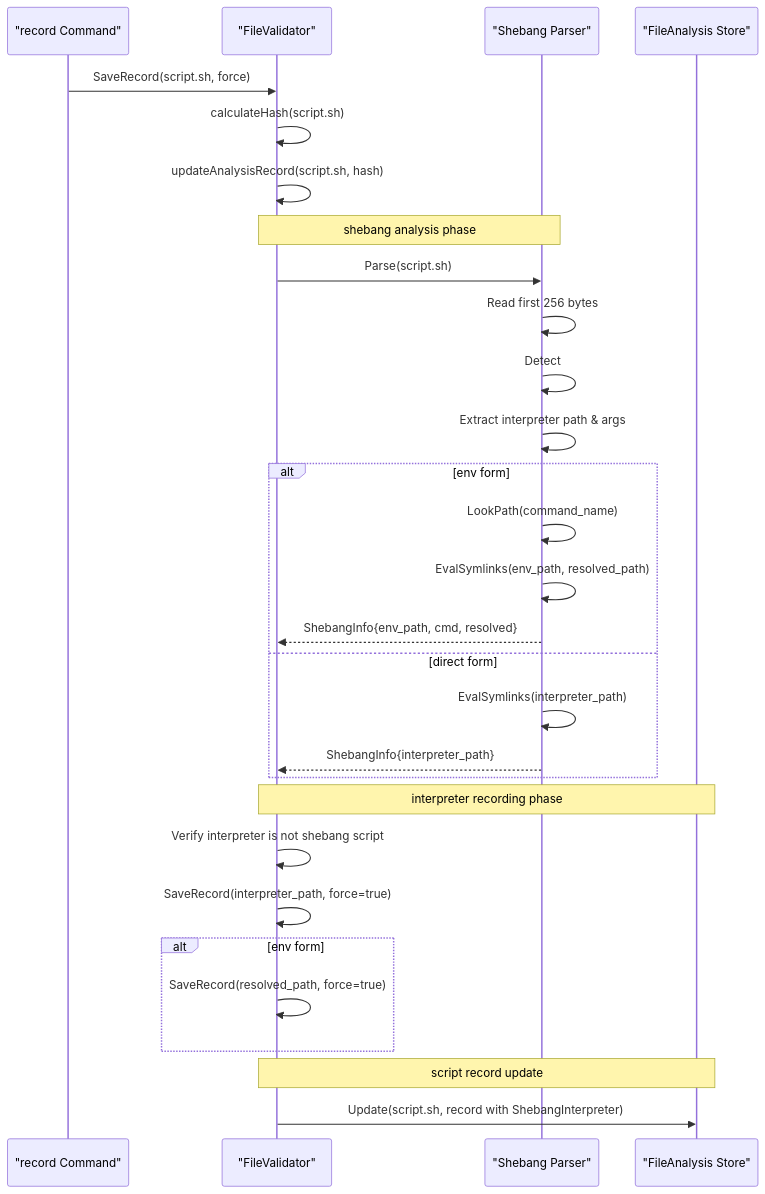
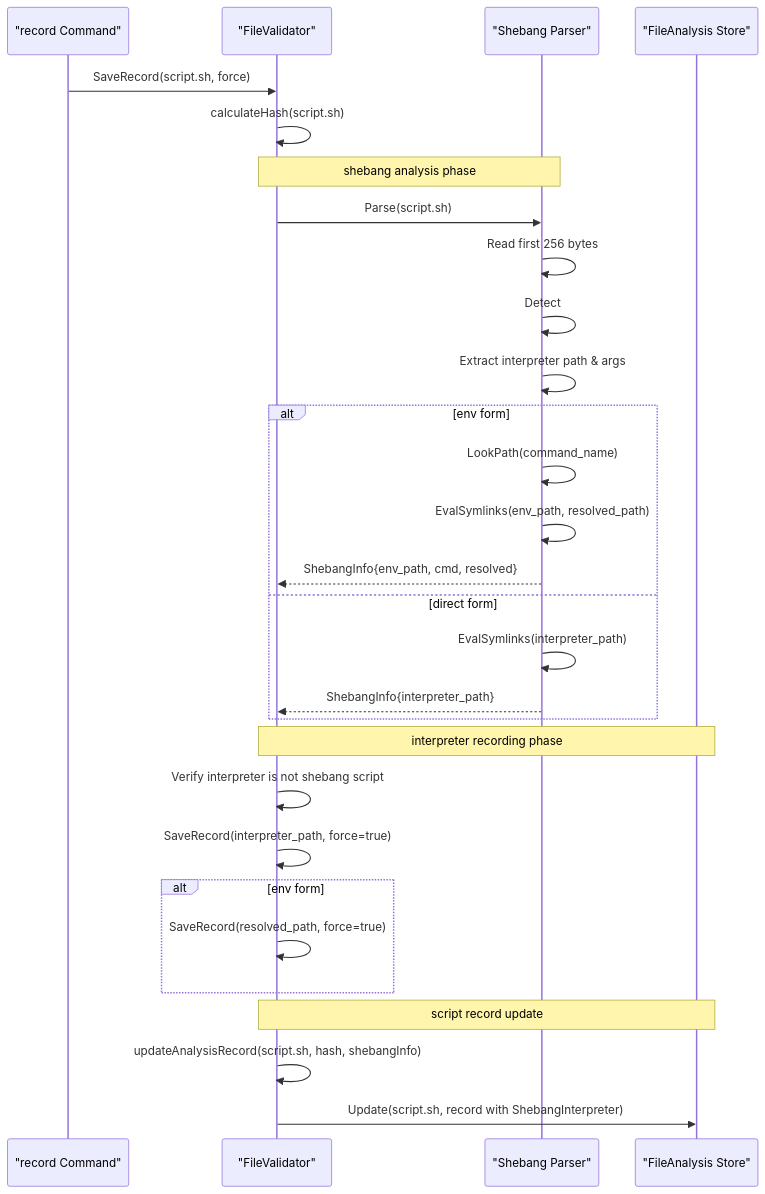
Before and after one commit to isseis/go-safe-cmd-runner: the fourth of 7 diagrams in docs/tasks/0083_shebang_interpreter_tracking/02_architecture.md, drawn with Mermaid. The commit also changed other lines of this file and 2 other files, not shown here.

First line of the commit message:
docs: add architecture and implementation plan for shebang interpreter tracking

````diff
--- a/docs/tasks/0083_shebang_interpreter_tracking/02_architecture.md
+++ b/docs/tasks/0083_shebang_interpreter_tracking/02_architecture.md
@@ -97,35 +97,35 @@
 ```mermaid
 sequenceDiagram
     participant CMD as "record Command"
     participant FV as "FileValidator"
     participant SP as "Shebang Parser"
     participant STORE as "FileAnalysis Store"
 
     CMD->>FV: SaveRecord(script.sh, force)
     FV->>FV: calculateHash(script.sh)
-    FV->>FV: updateAnalysisRecord(script.sh, hash)
 
     Note over FV,SP: shebang analysis phase
     FV->>SP: Parse(script.sh)
     SP->>SP: Read first 256 bytes
     SP->>SP: Detect #! prefix
     SP->>SP: Extract interpreter path & args
     alt env form
         SP->>SP: LookPath(command_name)
         SP->>SP: EvalSymlinks(env_path, resolved_path)
         SP-->>FV: ShebangInfo{env_path, cmd, resolved}
     else direct form
         SP->>SP: EvalSymlinks(interpreter_path)
         SP-->>FV: ShebangInfo{interpreter_path}
     end
 
     Note over FV,STORE: interpreter recording phase
     FV->>FV: Verify interpreter is not shebang script
     FV->>FV: SaveRecord(interpreter_path, force=true)
     alt env form
         FV->>FV: SaveRecord(resolved_path, force=true)
     end
 
     Note over FV,STORE: script record update
+    FV->>FV: updateAnalysisRecord(script.sh, hash, shebangInfo)
     FV->>STORE: Update(script.sh, record with ShebangInterpreter)
 ```
````
